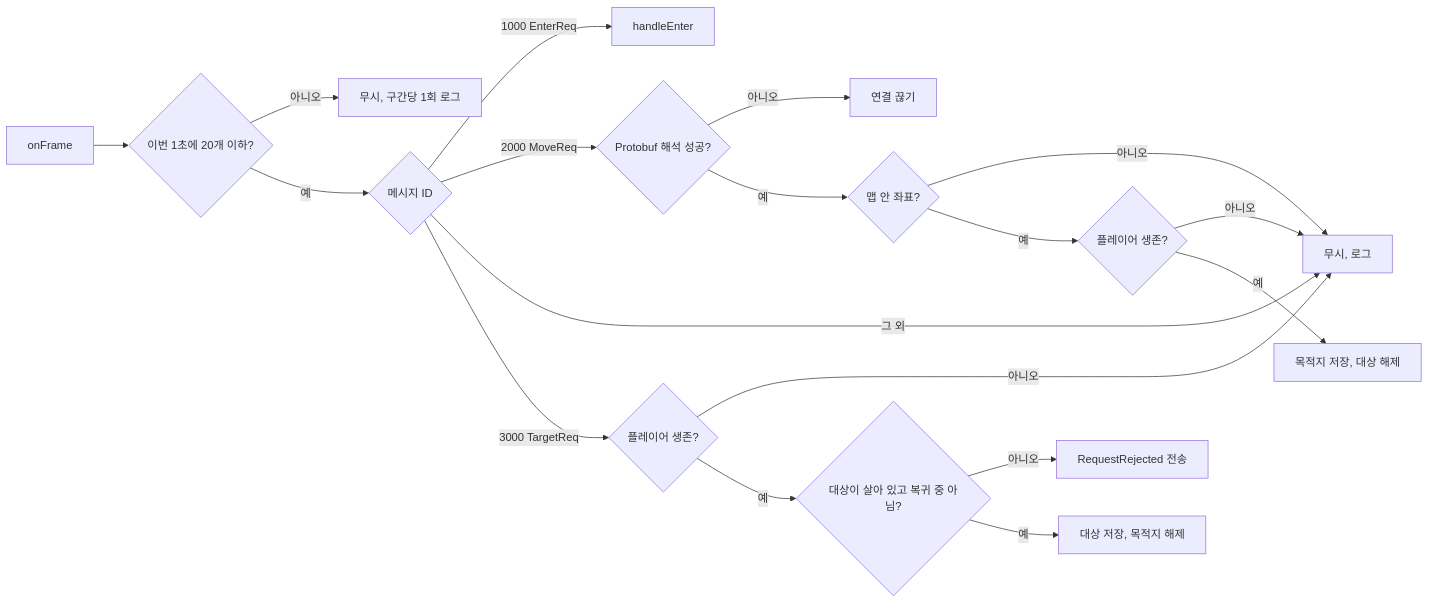
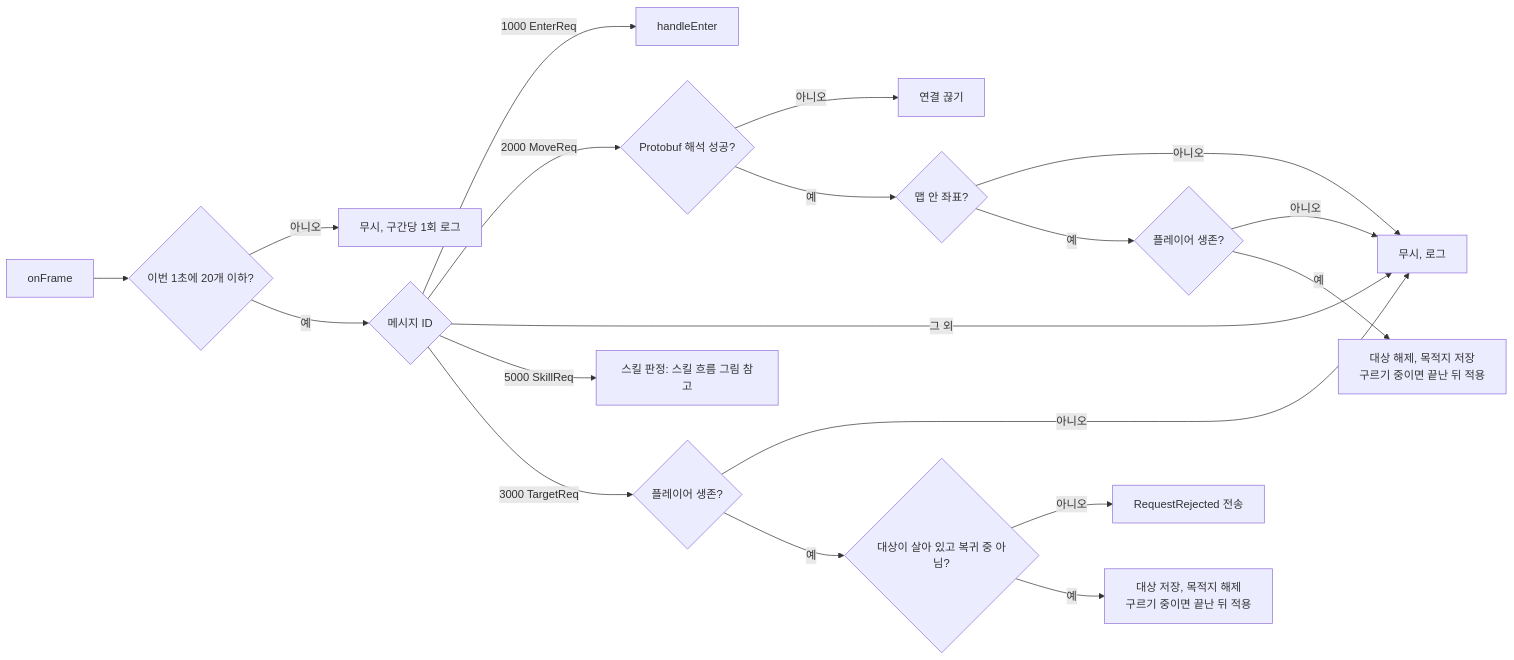
One commit to Dongs9/try_mmo_server changed the diagram in docs/diagrams/src/flow-request.mmd. Above: the diagram before and after it, drawn with Mermaid. The commit also changed 29 other files, not shown here.

```diff
--- a/docs/diagrams/src/flow-request.mmd
+++ b/docs/diagrams/src/flow-request.mmd
@@ -1,18 +1,19 @@
 flowchart LR
     frame[onFrame] --> limit{"이번 1초에 20개 이하?"}
     limit -- 아니오 --> ignore1["무시, 구간당 1회 로그"]
     limit -- 예 --> msg{메시지 ID}
     msg -- 1000 EnterReq --> enter[handleEnter]
     msg -- 2000 MoveReq --> parse{Protobuf 해석 성공?}
     msg -- 그 외 --> ignore2[무시, 로그]
     parse -- 아니오 --> close[연결 끊기]
     parse -- 예 --> inside{맵 안 좌표?}
     inside -- 아니오 --> ignore2
     inside -- 예 --> alive{플레이어 생존?}
     alive -- 아니오 --> ignore2
-    alive -- 예 --> dest["목적지 저장, 대상 해제"]
+    alive -- 예 --> dest["대상 해제, 목적지 저장<br/>구르기 중이면 끝난 뒤 적용"]
+    msg -- 5000 SkillReq --> skill[스킬 판정: 스킬 흐름 그림 참고]
     msg -- 3000 TargetReq --> self{플레이어 생존?}
     self -- 아니오 --> ignore2
     self -- 예 --> found{"대상이 살아 있고 복귀 중 아님?"}
     found -- 아니오 --> reject[RequestRejected 전송]
-    found -- 예 --> setTarget["대상 저장, 목적지 해제"]
+    found -- 예 --> setTarget["대상 저장, 목적지 해제<br/>구르기 중이면 끝난 뒤 적용"]
```
